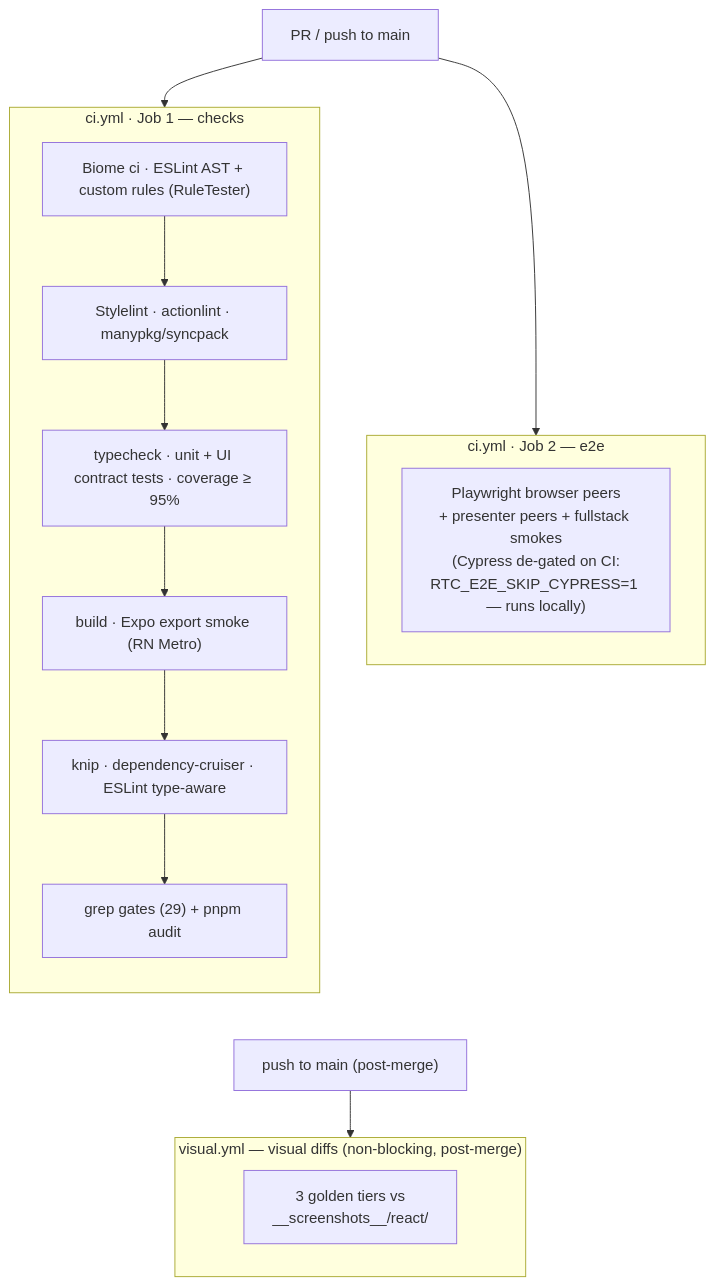
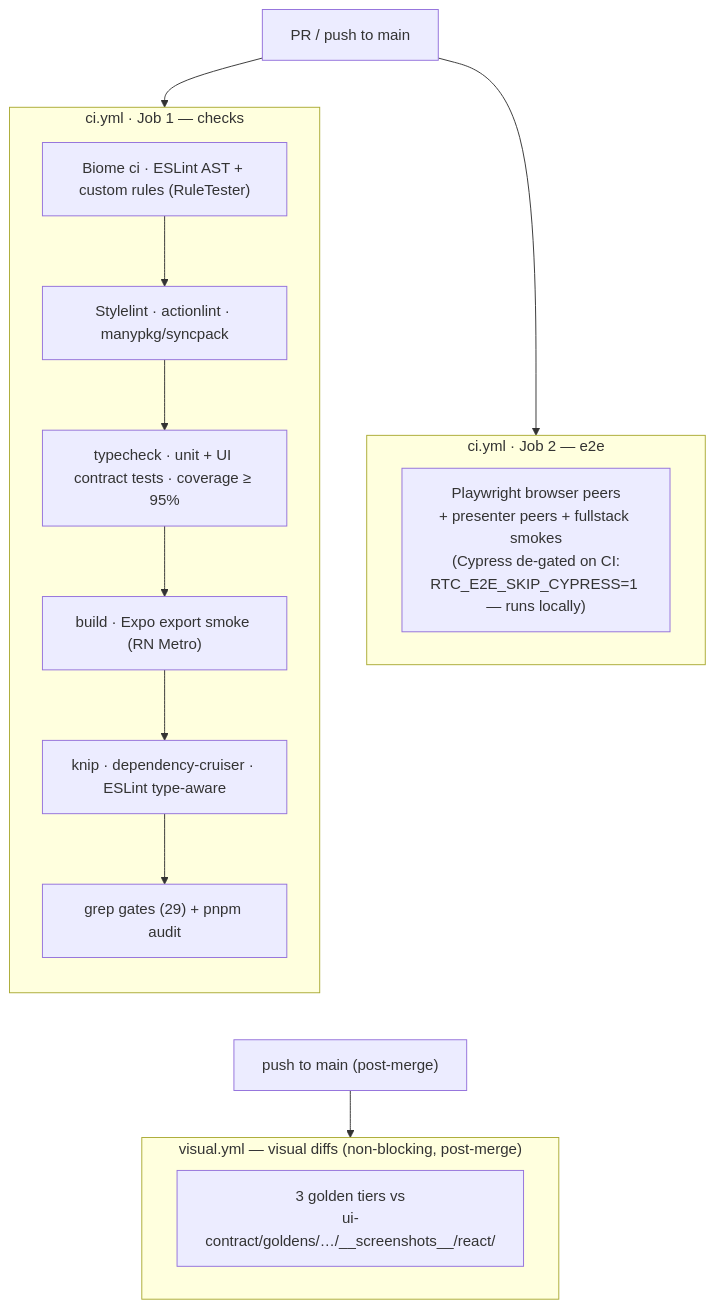
The diagram in docs/architecture/09-test-strategy.md (bettersoftware-io/ReactiveTraderCloudClone), drawn with Mermaid before and after one commit. The commit also changed other lines of this file and 15 other files, not shown here.

First line of the commit message:
docs(goldens): relocation sweep — ui-contract/goldens is the pixel contract's home

````diff
--- a/docs/architecture/09-test-strategy.md
+++ b/docs/architecture/09-test-strategy.md
@@ -166,25 +166,25 @@
 ```mermaid
 flowchart TD
     trigger["PR / push to main"]
     trigger --> checks
     trigger --> e2e
     subgraph checks["ci.yml · Job 1 — checks"]
         direction TB
         c1["Biome ci · ESLint AST + custom rules (RuleTester)"]
         c1 --> c3["Stylelint · actionlint · manypkg/syncpack"]
         c3 --> c4["typecheck · unit + UI contract tests · coverage ≥ 95%"]
         c4 --> c6["build · Expo export smoke (RN Metro)"]
         c6 --> c7["knip · dependency-cruiser · ESLint type-aware"]
         c7 --> c8["grep gates (29) + pnpm audit"]
     end
     subgraph e2e["ci.yml · Job 2 — e2e"]
         e1["Playwright browser peers<br/>+ presenter peers + fullstack smokes<br/>(Cypress de-gated on CI:<br/>RTC_E2E_SKIP_CYPRESS=1 — runs locally)"]
     end
     checks ~~~ postmerge
     e2e ~~~ postmerge
     postmerge["push to main (post-merge)"]
     postmerge --> visual
     subgraph visual["visual.yml — visual diffs (non-blocking, post-merge)"]
-        v1["3 golden tiers vs<br/>__screenshots__/react/"]
+        v1["3 golden tiers vs<br/>ui-contract/goldens/…/__screenshots__/react/"]
     end
 ```
````
